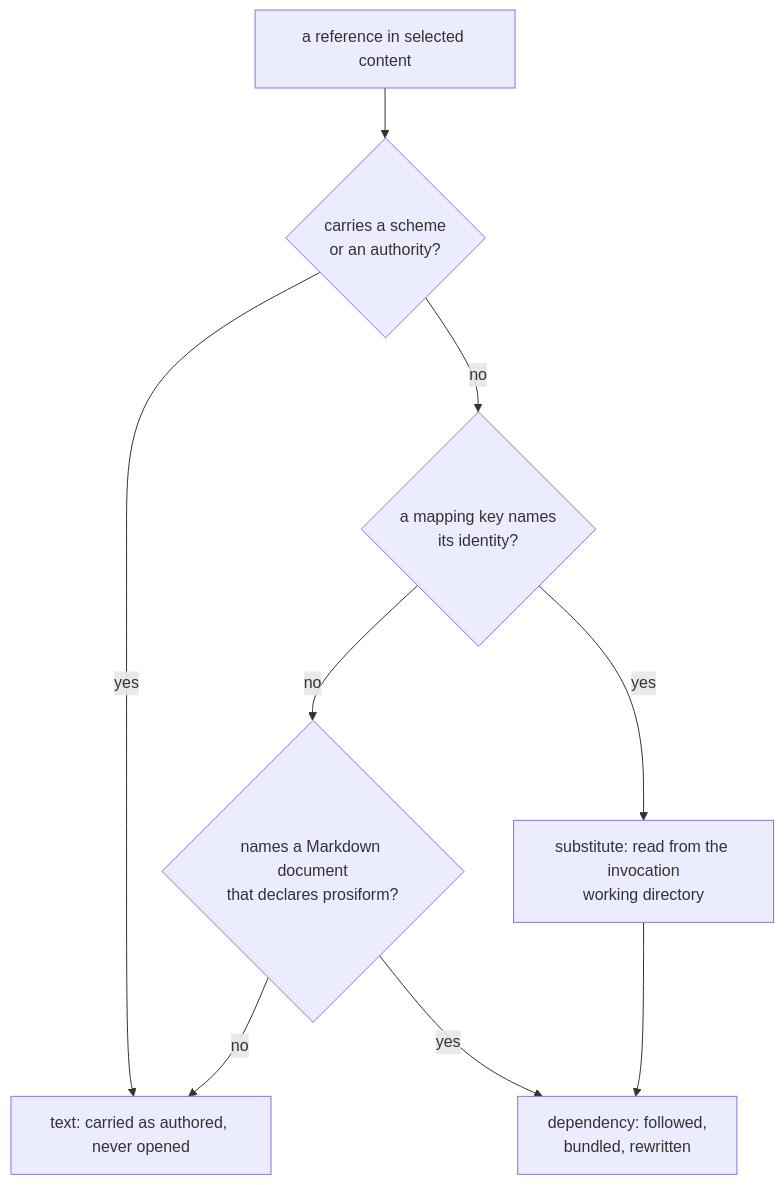
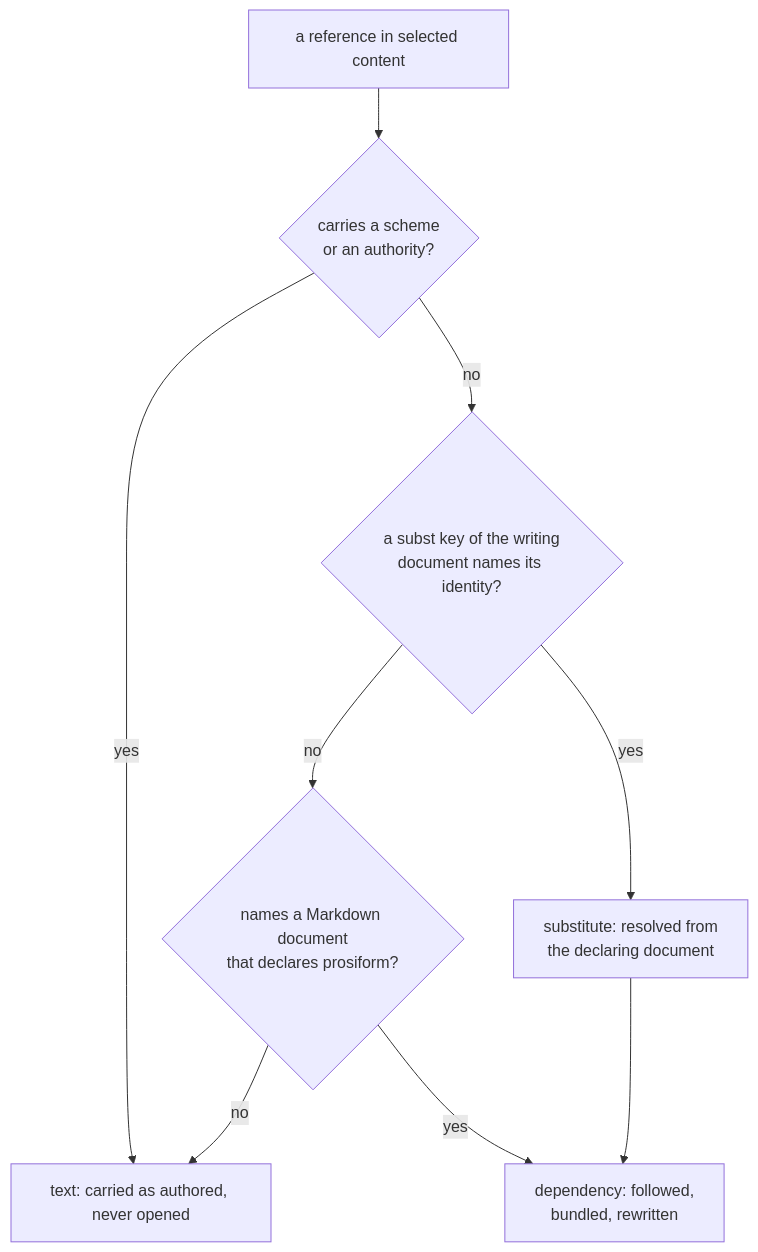
Before and after one commit to m2ux/prosiform: the first of 2 diagrams in docs/references.md, drawn with Mermaid. The commit also changed other lines of this file and 2 other files, not shown here.

Commit message:
document substitution as a preset subst entry alone

````diff
--- a/docs/references.md
+++ b/docs/references.md
@@ -39,11 +39,11 @@
 ```mermaid
 flowchart TD
   Ref["a reference in selected content"] --> Scheme{"carries a scheme<br/>or an authority?"}
   Scheme -- yes --> Text["text: carried as authored, never opened"]
-  Scheme -- no --> Mapped{"a mapping key names<br/>its identity?"}
-  Mapped -- yes --> Sub["substitute: read from the invocation<br/>working directory"]
+  Scheme -- no --> Mapped{"a subst key of the writing<br/>document names its identity?"}
+  Mapped -- yes --> Sub["substitute: resolved from<br/>the declaring document"]
   Mapped -- no --> Declares{"names a Markdown document<br/>that declares prosiform?"}
   Declares -- no --> Text
   Declares -- yes --> Dep["dependency: followed,<br/>bundled, rewritten"]
   Sub --> Dep
 ```
````
